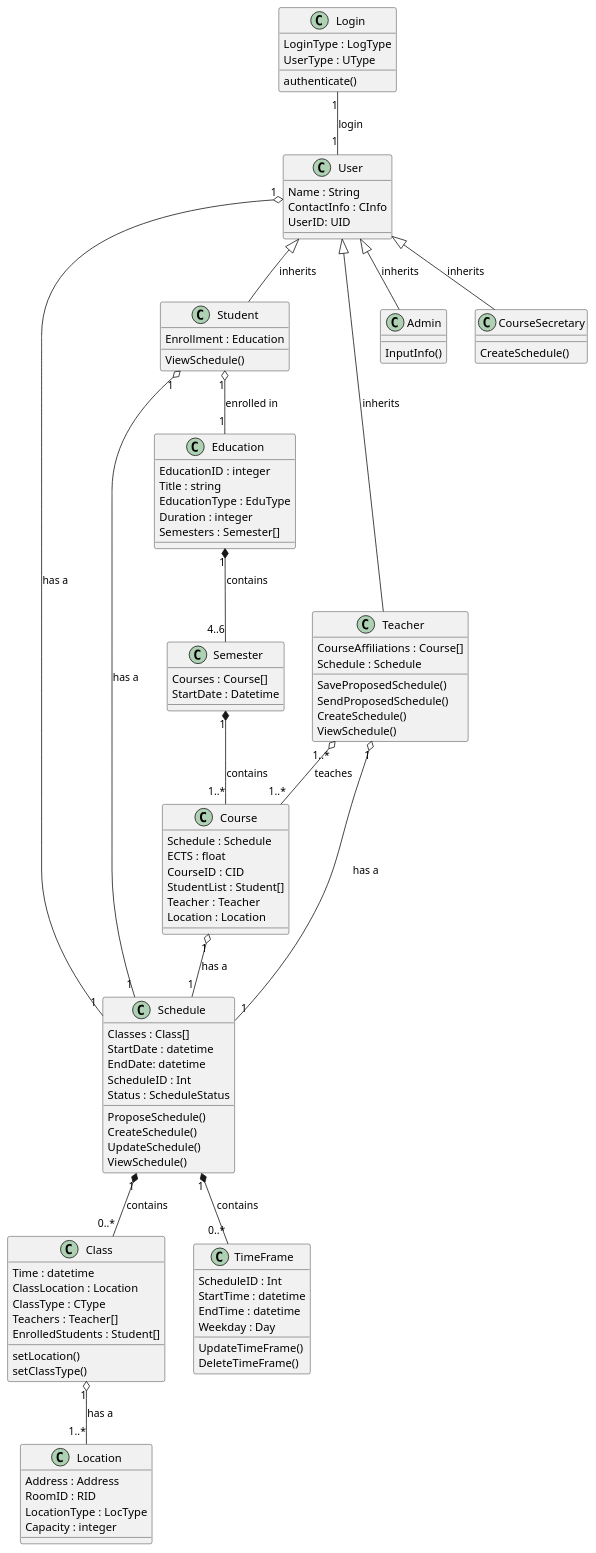
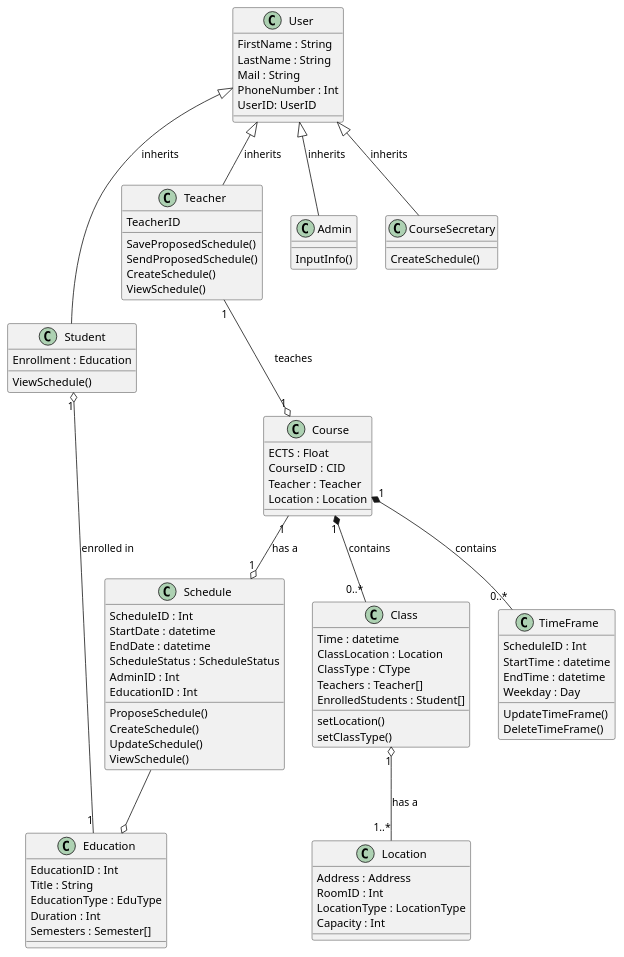
One commit to frejabauch/Systemudvikling_FSIS changed the diagram in Diagrams/ClassDiagram.puml. Above: the diagram before and after it, drawn with PlantUML. The commit also changed 19 other files, not shown here.

Commit message:
Updated classes, file structure, class diagram

```diff
--- a/Diagrams/ClassDiagram.puml
+++ b/Diagrams/ClassDiagram.puml
@@ -1,119 +1,120 @@
 @startuml ClassDiagram
 
 class Education {
-    EducationID : integer
-    Title : string
+    EducationID : Int
+    Title : String
     EducationType : EduType
-    Duration : integer
+    Duration : Int
     Semesters : Semester[]
 }
 
 class Schedule{
-    Classes : Class[]
+    ScheduleID : Int
     StartDate : datetime
-    EndDate: datetime
-    ScheduleID : Int
-    Status : ScheduleStatus
+    EndDate : datetime
+    ScheduleStatus : ScheduleStatus
+    AdminID : Int
+    EducationID : Int
     ProposeSchedule()
     CreateSchedule()
     UpdateSchedule()
     ViewSchedule()
 }
 
 class Location{
     Address : Address
-    RoomID : RID
-    LocationType : LocType
-    Capacity : integer
+    RoomID : Int
+    LocationType : LocationType
+    Capacity : Int
 }
 
 class Course{
-    Schedule : Schedule
-    ECTS : float
+    ECTS : Float
     CourseID : CID
-    StudentList : Student[]
     Teacher : Teacher
     Location : Location
 }
 
 class Class{
     Time : datetime
     ClassLocation : Location
     ClassType : CType
     Teachers : Teacher[]
     EnrolledStudents : Student[]
     setLocation()
     setClassType()
 }
 
-class Login{
-    LoginType : LogType
-    UserType : UType
-    authenticate()
+' class Login{
+'     LoginType : LogType
+'     UserType : UType
+'     authenticate()
+' }
+
+class User{
+    FirstName : String
+    LastName : String
+    Mail : String
+    PhoneNumber : Int
+    UserID: UserID
 }
 
-class User{
-    Name : String
-    ContactInfo : CInfo
-    UserID: UID
-}
-
-class Semester{
-    Courses : Course[]
-    StartDate : Datetime
-}
+' class Semester{
+'     Courses : Course[]
+'     StartDate : Datetime
+' }
 
 class Student{
     Enrollment : Education
     ViewSchedule()
 }
 
 class Teacher{
-    CourseAffiliations : Course[]
-    Schedule : Schedule
+    TeacherID
     SaveProposedSchedule()
     SendProposedSchedule()
     CreateSchedule()
     ViewSchedule()
 }
 
 class Admin{
     InputInfo()
 }
 
 class TimeFrame{
     ScheduleID : Int
     StartTime : datetime
     EndTime : datetime
     Weekday : Day
     UpdateTimeFrame()
     DeleteTimeFrame()
 }
 
 class CourseSecretary{
     CreateSchedule()
 }
 
-User"1" o-- "1" Schedule : has a
-Course"1" o-- "1" Schedule : has a
-Student"1" o-- "1" Schedule : has a
-Teacher"1" o-- "1" Schedule : has a
+' User"1" o-- "1" Schedule : has a
+Course"1" --o "1" Schedule : has a
+' Student"1" o-- "1" Schedule : has a
+' Teacher"1" o-- "1" Schedule : has a
 
-Education"1" *-- "4..6" Semester : contains
+' Education"1" *-- "4..6" Semester : contains
 
 Class "1" o-- "1..*"Location : has a
 
 User <|-- Student : inherits
 User <|-- Teacher : inherits
 User <|-- Admin : inherits
 User <|-- CourseSecretary : inherits
 
-Semester"1" *-- "1..*" Course : contains
-Schedule"1" *-- "0..*" Class : contains
-Schedule"1" *-- "0..*" TimeFrame : contains
-Teacher"1..*" o-- "1..*" Course : teaches
+' Semester"1" *-- "1..*" Course : contains
+Course"1" *-- "0..*" Class : contains
+Course"1" *-- "0..*" TimeFrame : contains
+Teacher"1" --o "1" Course : teaches
 Student"1" o-- "1" Education : enrolled in
+Schedule --o Education 
 
-Login "1" -- "1" User : login
+' Login "1" -- "1" User : login
 
 @enduml
```
